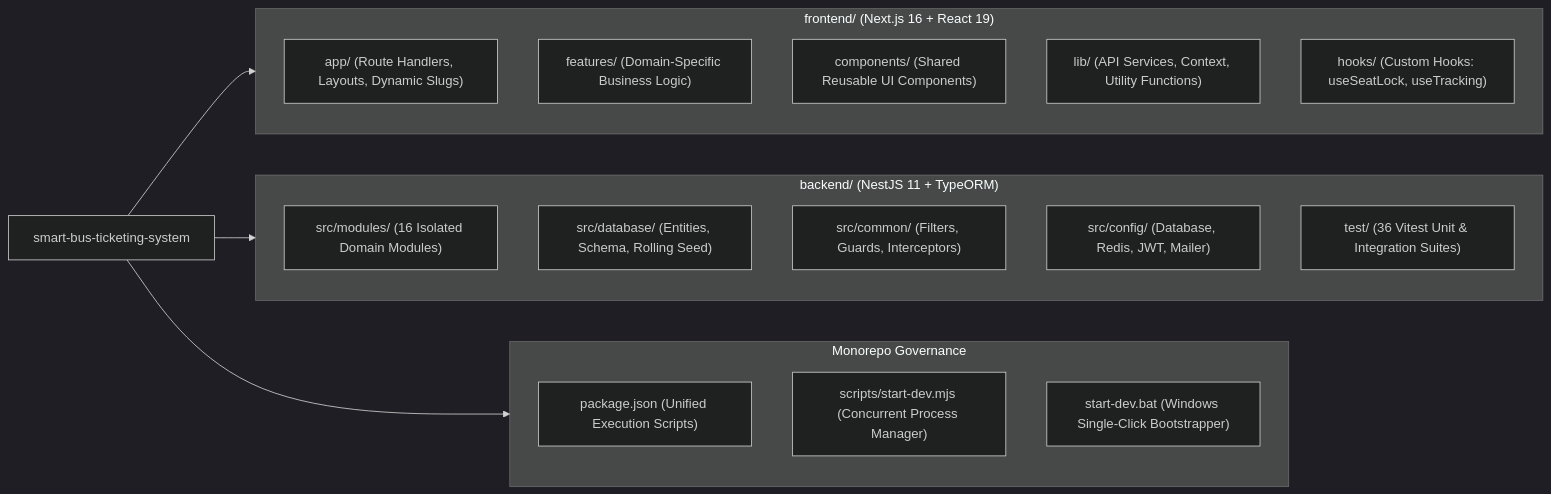
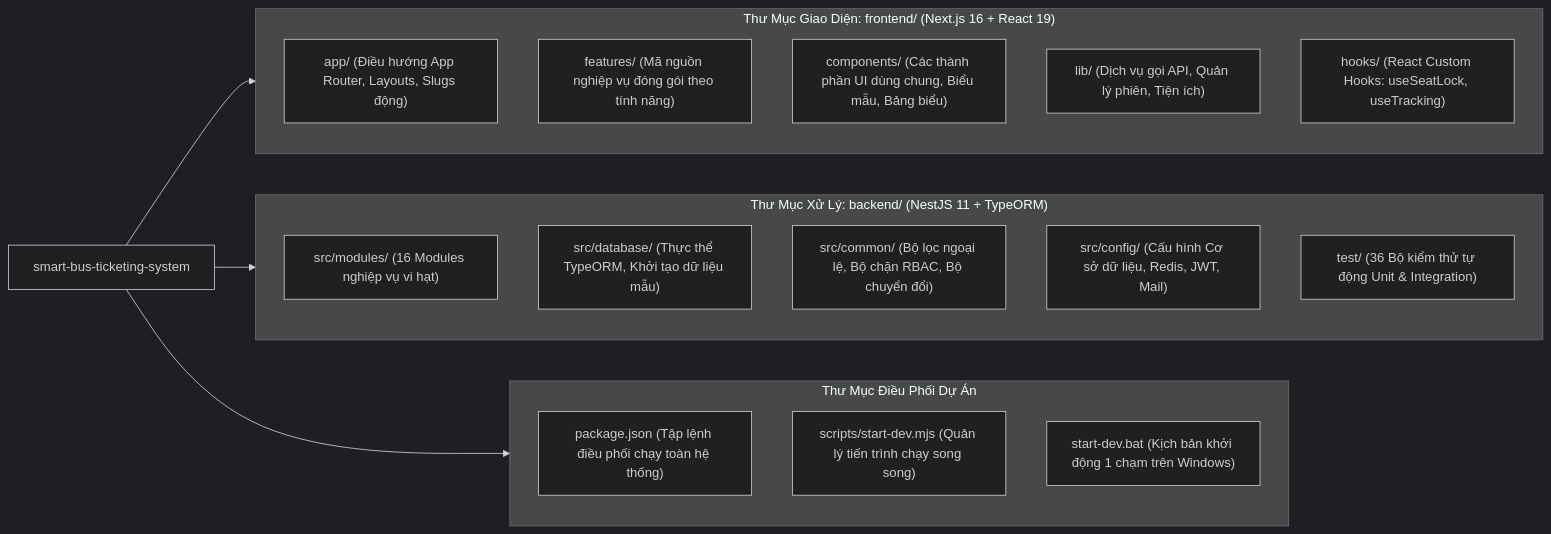
The sixth of 6 diagrams in README.md (tubanhoa/QLy_V-_Xe_Bu-t_Th-ng_Minh), drawn with Mermaid (dark theme) before and after one commit. The commit also changed other lines of this file, not shown here.

````diff
--- a/README.md
+++ b/README.md
@@ -458,30 +456,30 @@
 ```mermaid
 graph LR
-    MonorepoRoot["smart-bus-ticketing-system"]
+    GocMonorepo["smart-bus-ticketing-system"]
     
-    subgraph Frontend_App ["frontend/ (Next.js 16 + React 19)"]
-        FE_App["app/ (Route Handlers, Layouts, Dynamic Slugs)"]
-        FE_Features["features/ (Domain-Specific Business Logic)"]
-        FE_Components["components/ (Shared Reusable UI Components)"]
-        FE_Lib["lib/ (API Services, Context, Utility Functions)"]
-        FE_Hooks["hooks/ (Custom Hooks: useSeatLock, useTracking)"]
+    subgraph Frontend_Workspace ["Thư Mục Giao Diện: frontend/ (Next.js 16 + React 19)"]
+        FE_App["app/ (Điều hướng App Router, Layouts, Slugs động)"]
+        FE_Features["features/ (Mã nguồn nghiệp vụ đóng gói theo tính năng)"]
+        FE_Components["components/ (Các thành phần UI dùng chung, Biểu mẫu, Bảng biểu)"]
+        FE_Lib["lib/ (Dịch vụ gọi API, Quản lý phiên, Tiện ích)"]
+        FE_Hooks["hooks/ (React Custom Hooks: useSeatLock, useTracking)"]
     end
 
-    subgraph Backend_App ["backend/ (NestJS 11 + TypeORM)"]
-        BE_Modules["src/modules/ (16 Isolated Domain Modules)"]
-        BE_Database["src/database/ (Entities, Schema, Rolling Seed)"]
-        BE_Common["src/common/ (Filters, Guards, Interceptors)"]
-        BE_Config["src/config/ (Database, Redis, JWT, Mailer)"]
-        BE_Tests["test/ (36 Vitest Unit & Integration Suites)"]
+    subgraph Backend_Workspace ["Thư Mục Xử Lý: backend/ (NestJS 11 + TypeORM)"]
+        BE_Modules["src/modules/ (16 Modules nghiệp vụ vi hạt)"]
+        BE_Database["src/database/ (Thực thể TypeORM, Khởi tạo dữ liệu mẫu)"]
+        BE_Common["src/common/ (Bộ lọc ngoại lệ, Bộ chặn RBAC, Bộ chuyển đổi)"]
+        BE_Config["src/config/ (Cấu hình Cơ sở dữ liệu, Redis, JWT, Mail)"]
+        BE_Tests["test/ (36 Bộ kiểm thử tự động Unit & Integration)"]
     end
 
-    subgraph Core_Orchestrator ["Monorepo Governance"]
-        PkgJson["package.json (Unified Execution Scripts)"]
-        DevScript["scripts/start-dev.mjs (Concurrent Process Manager)"]
-        BatchLauncher["start-dev.bat (Windows Single-Click Bootstrapper)"]
+    subgraph Dieu_Phoi_Chung ["Thư Mục Điều Phối Dự Án"]
+        PkgJson["package.json (Tập lệnh điều phối chạy toàn hệ thống)"]
+        DevScript["scripts/start-dev.mjs (Quản lý tiến trình chạy song song)"]
+        BatchLauncher["start-dev.bat (Kịch bản khởi động 1 chạm trên Windows)"]
     end
 
-    MonorepoRoot --> Frontend_App
-    MonorepoRoot --> Backend_App
-    MonorepoRoot --> Core_Orchestrator
+    GocMonorepo --> Frontend_Workspace
+    GocMonorepo --> Backend_Workspace
+    GocMonorepo --> Dieu_Phoi_Chung
 ```
````
